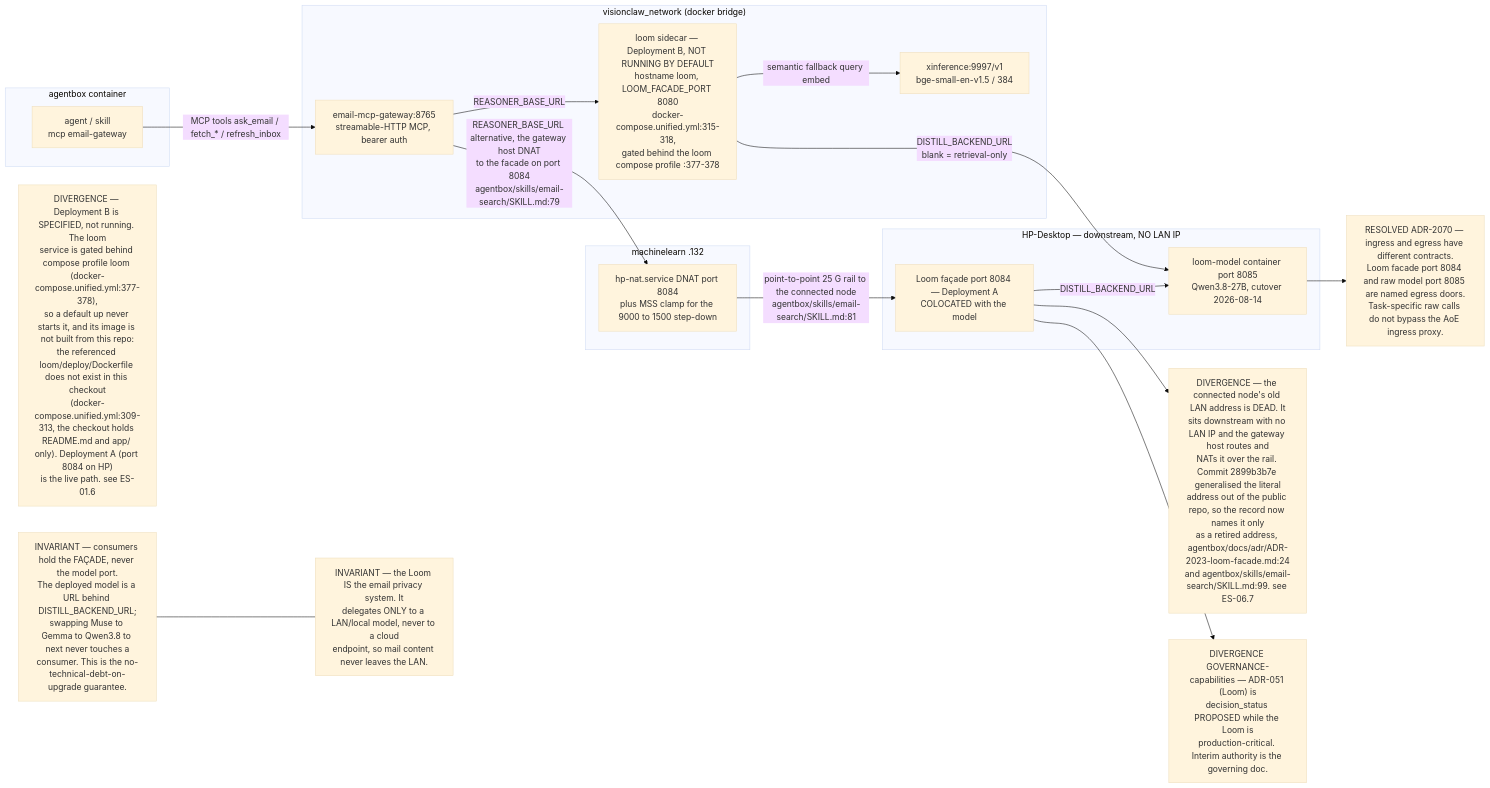
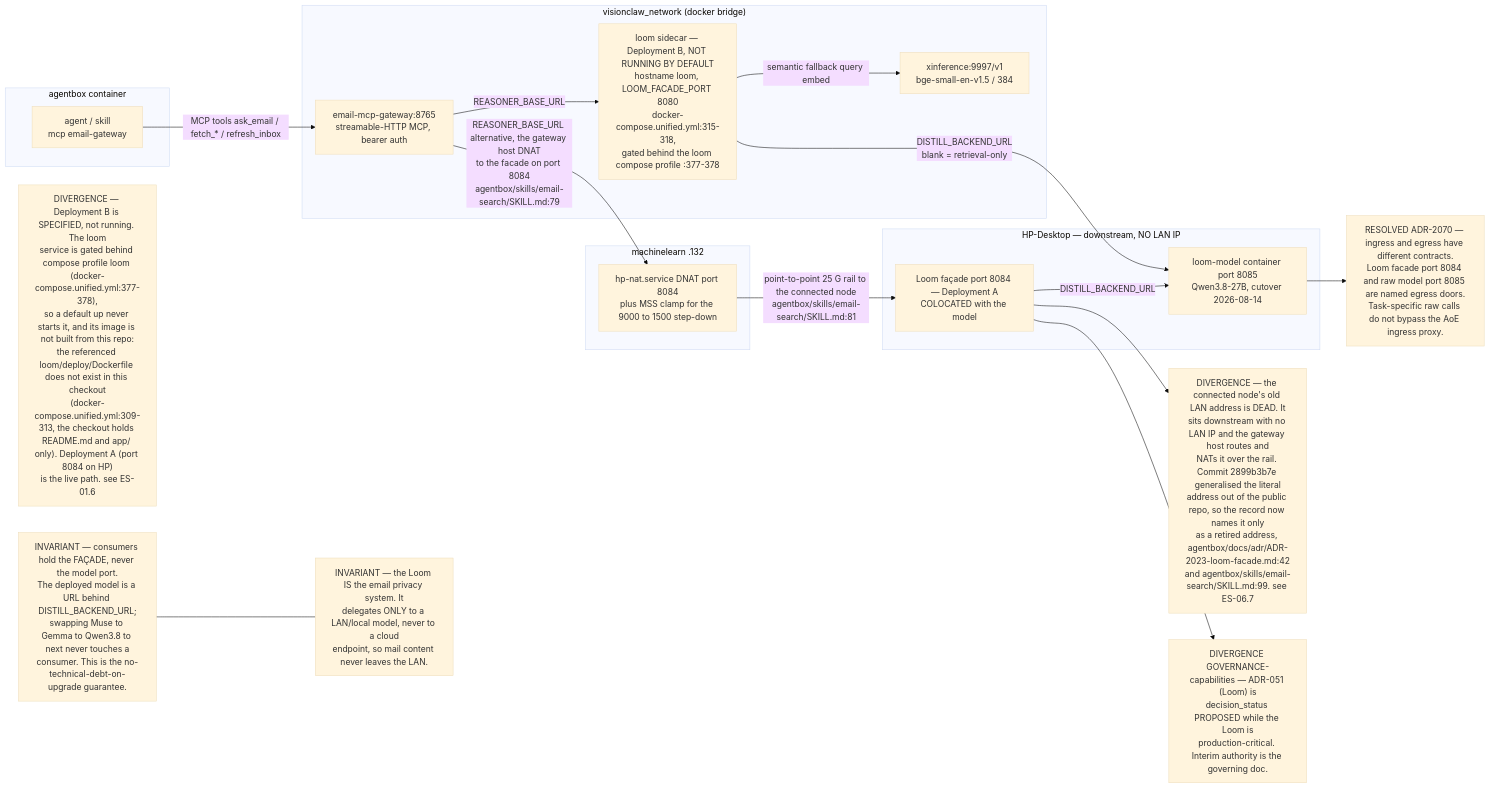
The first of 11 diagrams in docs/diagrams/estate/06-loom-and-email-privacy-path.md (DreamLab-AI/VisionFlow), drawn with Mermaid (base theme) before and after one commit. The commit also changed other lines of this file and 94 other files, not shown here.

First line of the commit message:
docs(diagrams): re-verify 130 topics against 2 October HEADs

````diff
--- a/docs/diagrams/estate/06-loom-and-email-privacy-path.md
+++ b/docs/diagrams/estate/06-loom-and-email-privacy-path.md
@@ -26,38 +26,38 @@
 ```mermaid
 flowchart LR
     subgraph box["agentbox container"]
         AG["agent / skill<br/>mcp email-gateway"]
     end
     subgraph vcnet["visionclaw_network (docker bridge)"]
         GW["email-mcp-gateway:8765<br/>streamable-HTTP MCP, bearer auth"]
         LOOMB["loom sidecar — Deployment B, NOT RUNNING BY DEFAULT<br/>hostname loom, LOOM_FACADE_PORT 8080<br/>docker-compose.unified.yml:315-318,<br/>gated behind the loom compose profile :377-378"]
         XI["xinference:9997/v1<br/>bge-small-en-v1.5 / 384"]
     end
     subgraph ml["machinelearn .132"]
         DNAT["hp-nat.service DNAT port 8084<br/>plus MSS clamp for the 9000 to 1500 step-down"]
     end
     subgraph hp["HP-Desktop — downstream, NO LAN IP"]
         LOOMA["Loom façade port 8084 — Deployment A<br/>COLOCATED with the model"]
         MODEL["loom-model container port 8085<br/>Qwen3.8-27B, cutover 2026-08-14"]
     end
 
     AG -- "MCP tools ask_email / fetch_* / refresh_inbox" --> GW
     GW -- "REASONER_BASE_URL" --> LOOMB
     GW -- "REASONER_BASE_URL alternative, the gateway host DNAT<br/>to the facade on port 8084<br/>agentbox/skills/email-search/SKILL.md:79" --> DNAT
     DNAT -- "point-to-point 25 G rail to the connected node<br/>agentbox/skills/email-search/SKILL.md:81" --> LOOMA
     LOOMA -- "DISTILL_BACKEND_URL" --> MODEL
     LOOMB -- "DISTILL_BACKEND_URL<br/>blank = retrieval-only" --> MODEL
     LOOMB -- "semantic fallback query embed" --> XI
 
     INV1["INVARIANT — consumers hold the FAÇADE, never the model port.<br/>The deployed model is a URL behind DISTILL_BACKEND_URL;<br/>swapping Muse to Gemma to Qwen3.8 to next never touches a<br/>consumer. This is the no-technical-debt-on-upgrade guarantee."]
     INV2["INVARIANT — the Loom IS the email privacy system. It<br/>delegates ONLY to a LAN/local model, never to a cloud<br/>endpoint, so mail content never leaves the LAN."]
     DIV0["DIVERGENCE — Deployment B is SPECIFIED, not running. The loom<br/>service is gated behind compose profile loom (docker-compose.unified.yml:377-378),<br/>so a default up never starts it, and its image is not built from this repo:<br/>the referenced loom/deploy/Dockerfile does not exist in this checkout<br/>(docker-compose.unified.yml:309-313, the checkout holds README.md and app/ only). Deployment A (port 8084 on HP)<br/>is the live path. see ES-01.6"]
-    DIV1["DIVERGENCE — the connected node's old LAN address is DEAD. It<br/>sits downstream with no LAN IP and the gateway host routes and<br/>NATs it over the rail. Commit 2899b3b7e generalised the literal<br/>address out of the public repo, so the record now names it only<br/>as a retired address, agentbox/docs/adr/ADR-2023-loom-facade.md:24<br/>and agentbox/skills/email-search/SKILL.md:99. see ES-06.7"]
+    DIV1["DIVERGENCE — the connected node's old LAN address is DEAD. It<br/>sits downstream with no LAN IP and the gateway host routes and<br/>NATs it over the rail. Commit 2899b3b7e generalised the literal<br/>address out of the public repo, so the record now names it only<br/>as a retired address, agentbox/docs/adr/ADR-2023-loom-facade.md:42<br/>and agentbox/skills/email-search/SKILL.md:99. see ES-06.7"]
     DIV2["DIVERGENCE GOVERNANCE-capabilities — ADR-051 (Loom) is<br/>decision_status PROPOSED while the Loom is<br/>production-critical. Interim authority is the governing doc."]
     DIV3["RESOLVED ADR-2070 — ingress and egress have different contracts.<br/>Loom facade port 8084 and raw model port 8085 are named egress doors.<br/>Task-specific raw calls do not bypass the AoE ingress proxy."]
 
     INV1 --- INV2
     LOOMA --> DIV1
     LOOMA --> DIV2
     MODEL --> DIV3
 ```
````
